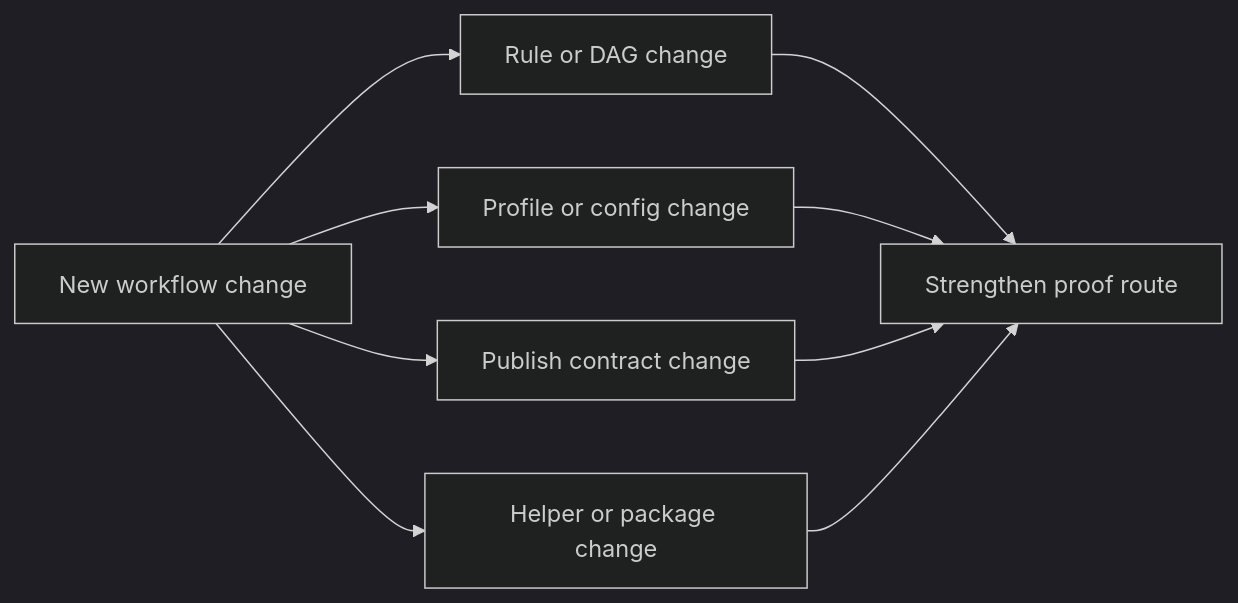
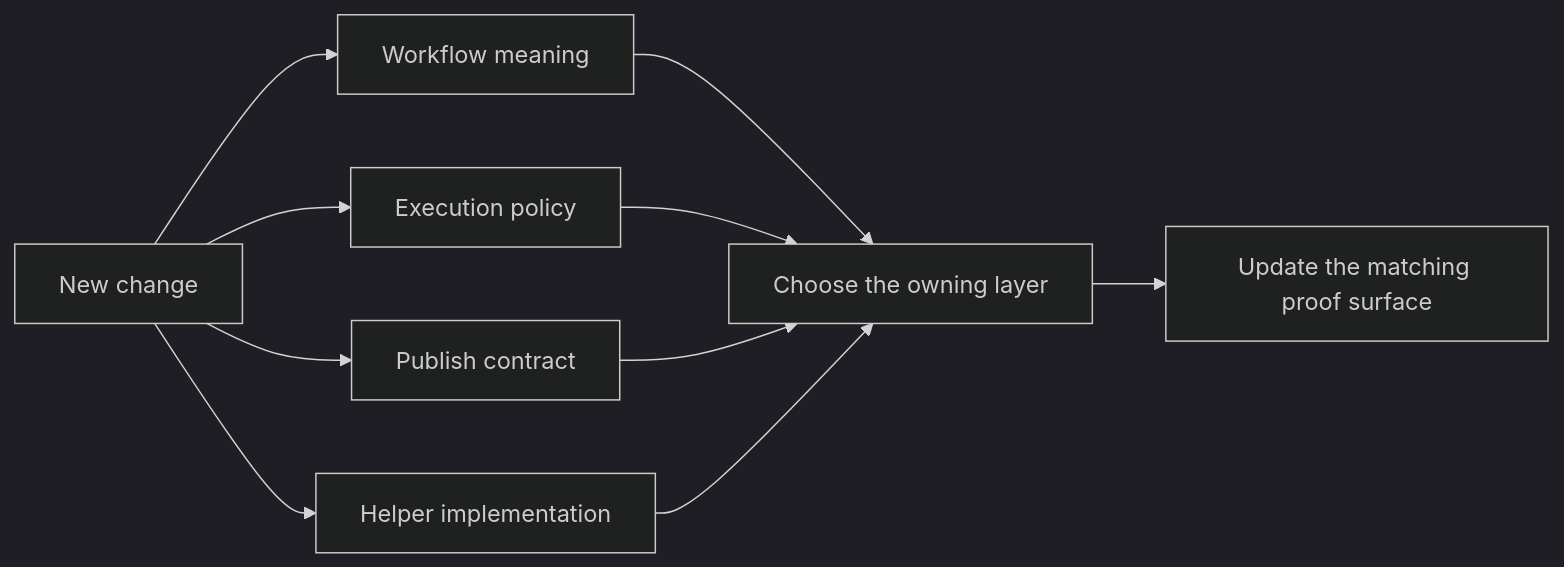
Before and after one commit to bijux/bijux-masterclass: the first of 2 diagrams in programs/reproducible-research/deep-dive-snakemake/capstone/docs/EXTENSION_GUIDE.md, drawn with Mermaid (dark theme). The commit also changed other lines of this file, not shown here.

````diff
--- a/programs/reproducible-research/deep-dive-snakemake/capstone/docs/EXTENSION_GUIDE.md
+++ b/programs/reproducible-research/deep-dive-snakemake/capstone/docs/EXTENSION_GUIDE.md
@@ -9,11 +8,12 @@
 ```mermaid
 graph LR
-  change["New workflow change"] --> rules["Rule or DAG change"]
-  change --> policy["Profile or config change"]
-  change --> publish["Publish contract change"]
-  change --> code["Helper or package change"]
-  rules --> proof["Strengthen proof route"]
-  policy --> proof
-  publish --> proof
-  code --> proof
+  change["New change"] --> workflow["Workflow meaning"]
+  change --> policy["Execution policy"]
+  change --> publish["Publish contract"]
+  change --> code["Helper implementation"]
+  workflow --> owner["Choose the owning layer"]
+  policy --> owner
+  publish --> owner
+  code --> owner
+  owner --> evidence["Update the matching proof surface"]
 ```
````
